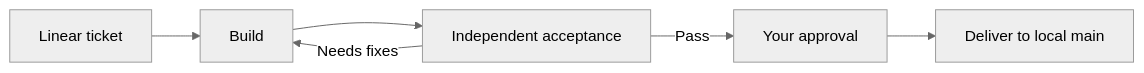
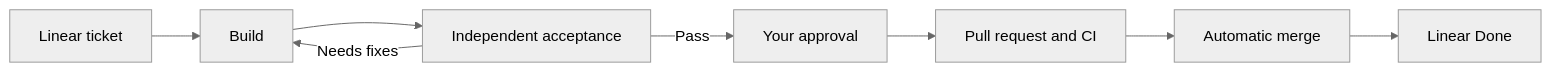
The diagram in README.md (minipai/igniter), drawn with Mermaid (neutral theme) before and after one commit. The commit also changed other lines of this file and 9 other files, not shown here.

````diff
--- a/README.md
+++ b/README.md
@@ -43,8 +43,10 @@
 ```mermaid
 flowchart LR
   Ticket[Linear ticket] --> Build
   Build --> Acceptance[Independent acceptance]
   Acceptance -->|Needs fixes| Build
   Acceptance -->|Pass| Approval[Your approval]
-  Approval --> Deliver[Deliver to local main]
+  Approval --> Deliver[Pull request and CI]
+  Deliver --> Merge[Automatic merge]
+  Merge --> Done[Linear Done]
 ```
````
